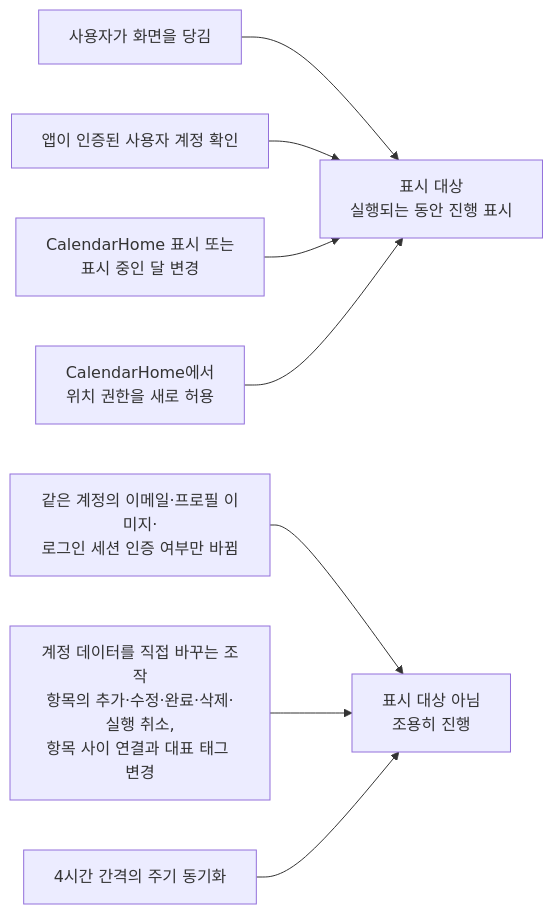
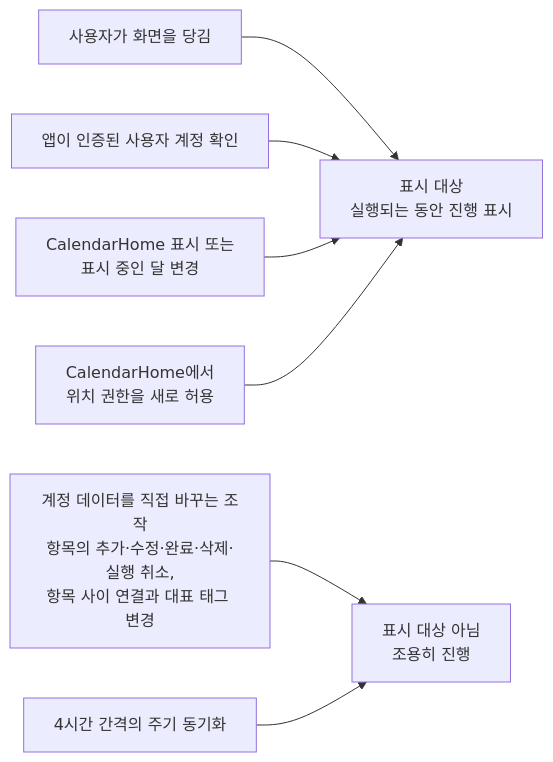
One commit to taetae98coding/DiaryKMP changed the diagram in docs/spec/client/sync-refresh.md. Above: the diagram before and after it, drawn with Mermaid. The commit also changed other lines of this file and 17 other files, not shown here.

````diff
--- a/docs/spec/client/sync-refresh.md
+++ b/docs/spec/client/sync-refresh.md
@@ -81,13 +81,12 @@
 ```mermaid
 flowchart LR
     pull["사용자가 화면을 당김"] --> show
     account["앱이 인증된 사용자 계정 확인"] --> show
-    accountInfo["같은 계정의 이메일·프로필 이미지·<br/>로그인 세션 인증 여부만 바뀜"] --> hide
     calendar["CalendarHome 표시 또는<br/>표시 중인 달 변경"] --> show
     permission["CalendarHome에서<br/>위치 권한을 새로 허용"] --> show
     edit["계정 데이터를 직접 바꾸는 조작<br/>항목의 추가·수정·완료·삭제·실행 취소,<br/>항목 사이 연결과 대표 태그 변경"] --> hide
     periodic["4시간 간격의 주기 동기화"] --> hide
 
     show["표시 대상<br/>실행되는 동안 진행 표시"]
     hide["표시 대상 아님<br/>조용히 진행"]
 ```
````
